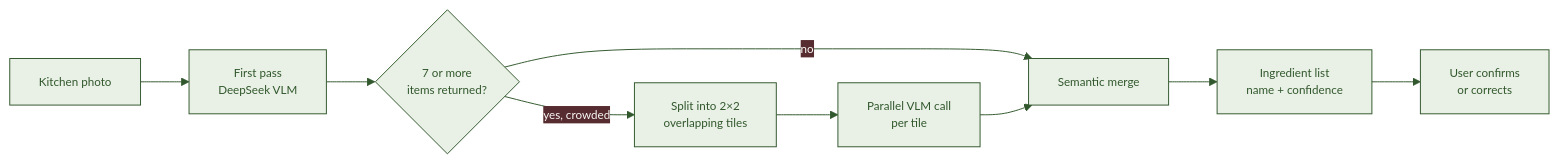
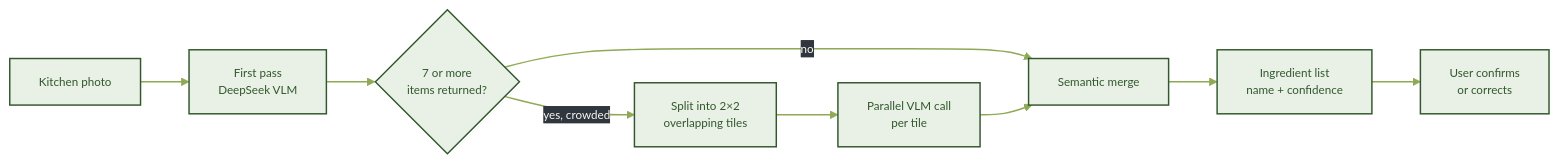
The second of 4 diagrams in README.md (Jood-Labs/Jood), drawn with Mermaid before and after one commit. The commit also changed other lines of this file, not shown here.

Commit message:
docs: change theme colors in README

````diff
--- a/README.md
+++ b/README.md
@@ -180,15 +185,43 @@
 ```mermaid
-%%{init: {'theme':'base', 'themeVariables': {'primaryColor':'#31572c', 'primaryTextColor':'#faf9f6', 'primaryBorderColor':'#edf49a', 'lineColor':'#31572c', 'textColor':'#31572c', 'fontSize':'12px'}}}%%
+%%{init: {
+  'theme':'base',
+  'themeVariables': {
+    'primaryColor':'#31572C',
+    'primaryTextColor':'#FAF9F6',
+    'primaryBorderColor':'#EDF49A',
+    'lineColor':'#90A955',
+    'textColor':'#31572C',
+    'edgeLabelBackground':'#30363D',
+    'fontSize':'12px'
+  }
+}}%%
+
 flowchart LR
+
     A["Kitchen photo"] --> B["First pass<br/>DeepSeek VLM"]
+
     B --> C{"7 or more<br/>items returned?"}
+
     C -->|"no"| F["Semantic merge"]
+
     C -->|"yes, crowded"| D["Split into 2×2<br/>overlapping tiles"]
+
     D --> E["Parallel VLM call<br/>per tile"]
+
     E --> F
+
     F --> G["Ingredient list<br/>name + confidence"]
+
     G --> H["User confirms<br/>or corrects"]
 
-    classDef step fill:#e9f1e6,stroke:#31572c,color:#31572c;
+    classDef step fill:#E9F1E6,stroke:#31572C,stroke-width:1.5px,color:#31572C;
+
     class A,B,C,D,E,F,G,H step;
+
+    linkStyle default stroke:#90A955,stroke-width:1.5px;
+
+    classDef default color:#31572C;
+
+    %% White text for edge labels
+    %% Mermaid supports edge label text styling through themeCSS,B,C,D,E,F,G,H step;
 ```
````
